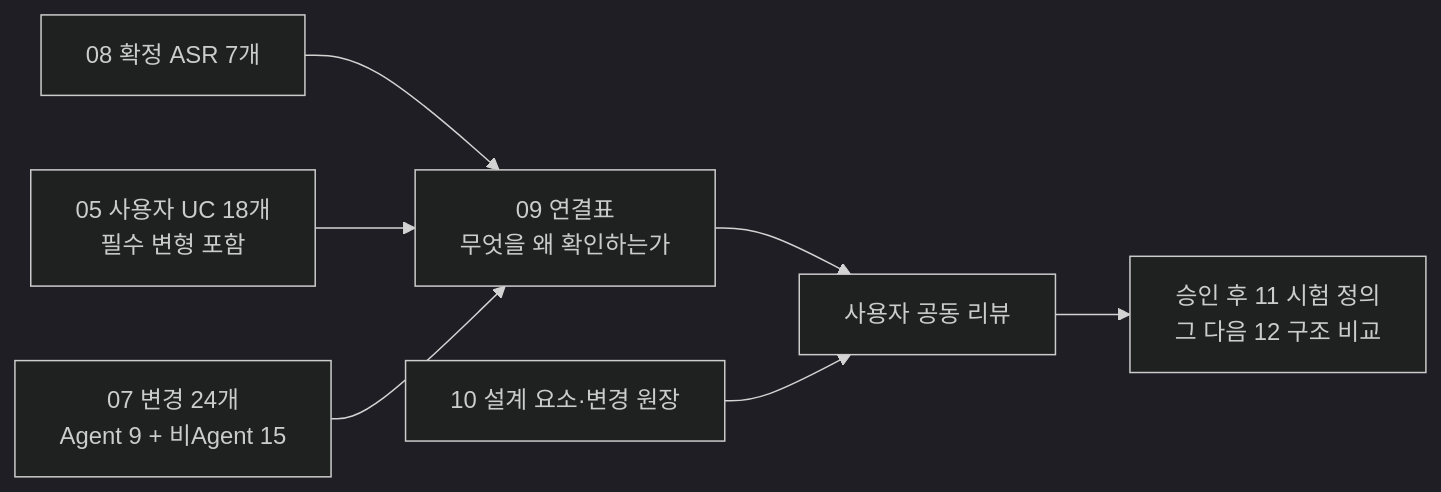
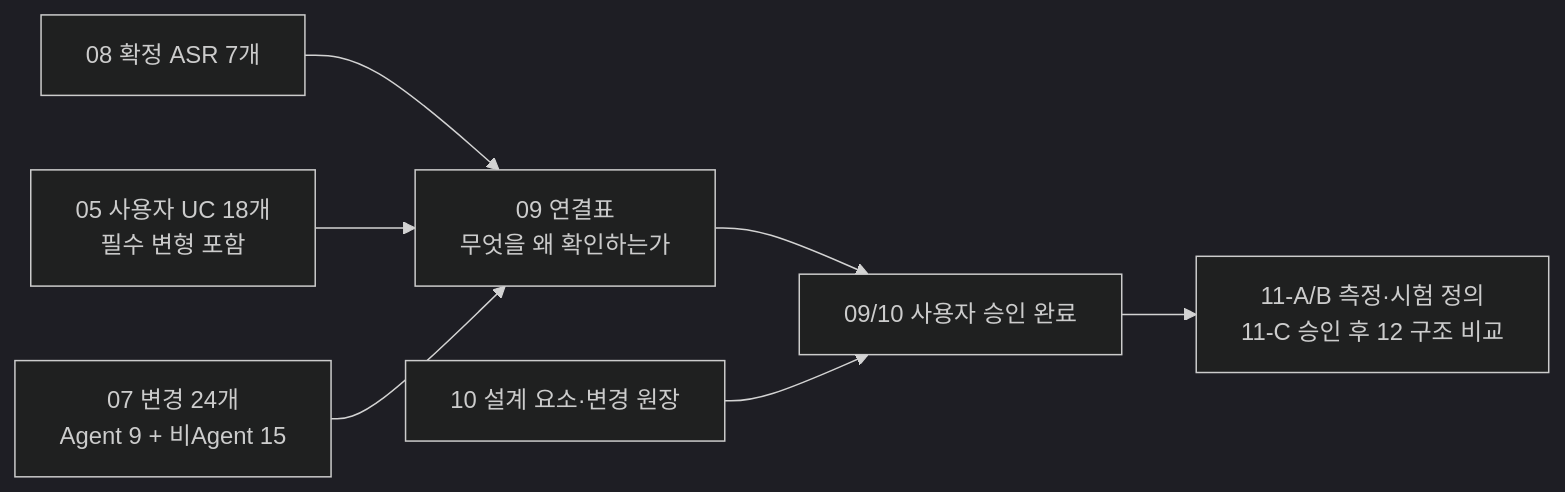
One commit to cbyche/via-sw-architecture changed the diagram in docs/rebaseline/09-asr-uc-change-mapping.md. Above: the diagram before and after it, drawn with Mermaid (dark theme). The commit also changed other lines of this file, not shown here.

````diff
--- a/docs/rebaseline/09-asr-uc-change-mapping.md
+++ b/docs/rebaseline/09-asr-uc-change-mapping.md
@@ -20,16 +20,16 @@
 ```mermaid
 flowchart LR
     Q["08 확정 ASR 7개"]
     U["05 사용자 UC 18개<br/>필수 변형 포함"]
     X["07 변경 24개<br/>Agent 9 + 비Agent 15"]
     T["09 연결표<br/>무엇을 왜 확인하는가"]
     E["10 설계 요소·변경 원장"]
-    R["사용자 공동 리뷰"]
-    NEXT["승인 후 11 시험 정의<br/>그 다음 12 구조 비교"]
+    R["09/10 사용자 승인 완료"]
+    NEXT["11-A/B 측정·시험 정의<br/>11-C 승인 후 12 구조 비교"]
     Q --> T
     U --> T
     X --> T
     T --> R
     E --> R
     R --> NEXT
 ```
````
